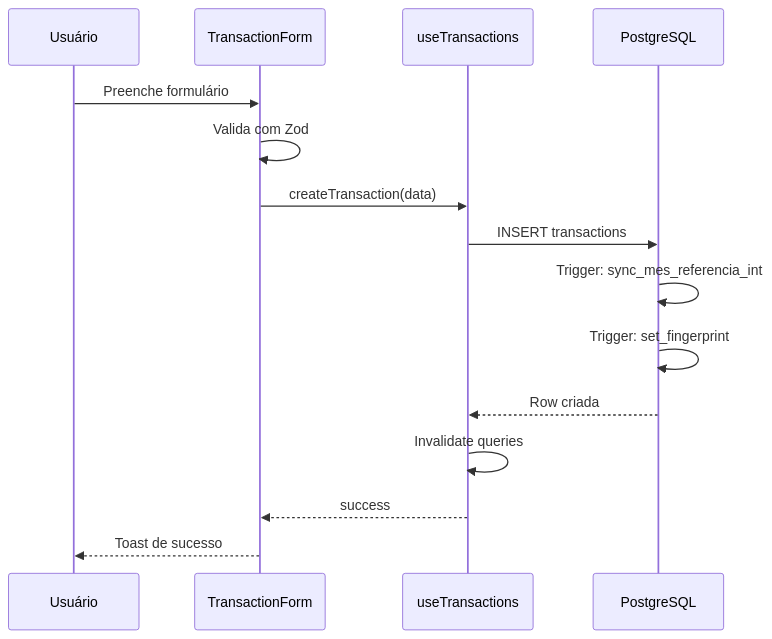
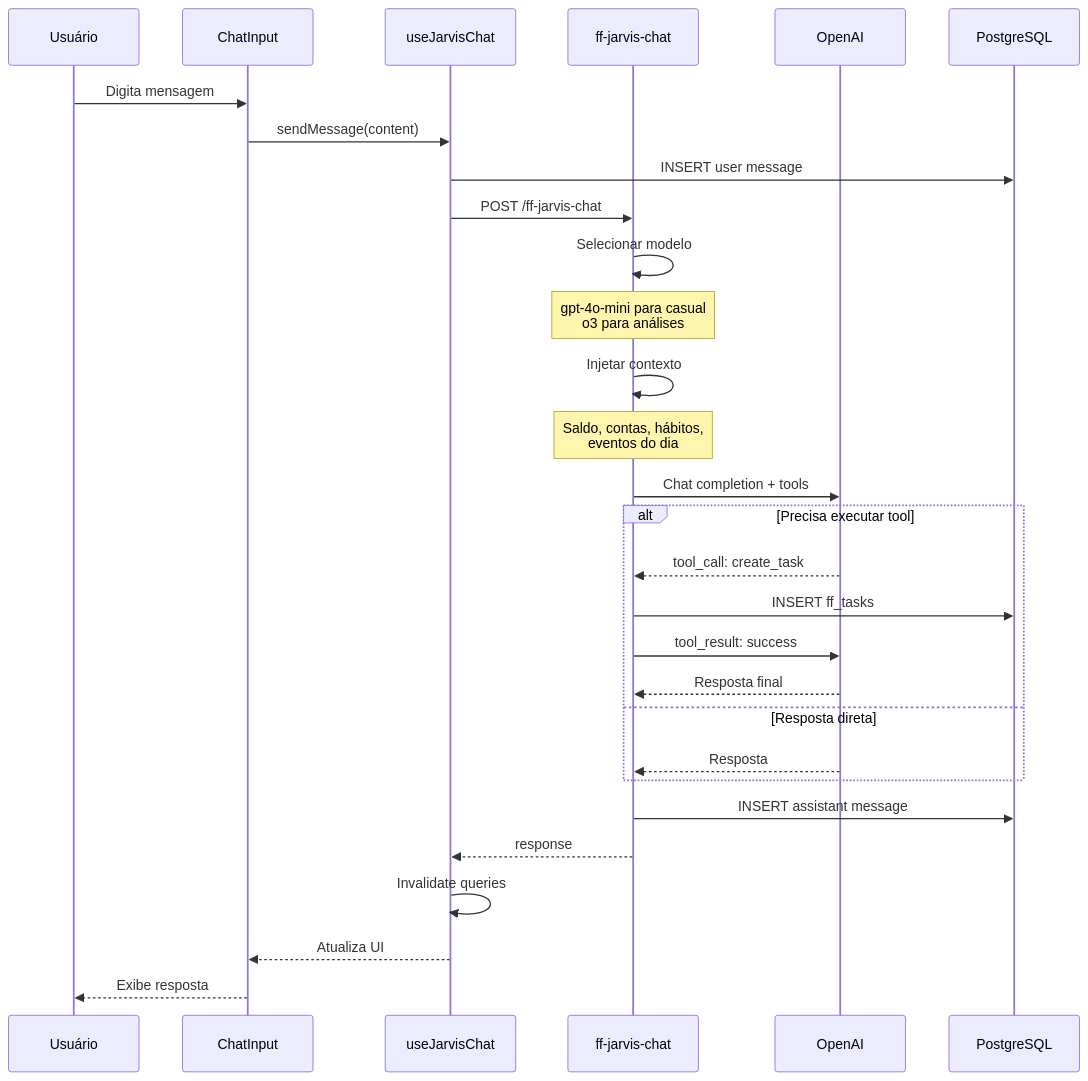
Before and after one commit to WesterlleyNeres/seu-dinheiro-planejado: the sixth of 8 diagrams in DOCUMENTATION.md, drawn with Mermaid. The commit also changed other lines of this file and 5 other files, not shown here.

````diff
--- a/DOCUMENTATION.md
+++ b/DOCUMENTATION.md
@@ -1832,18 +1366,37 @@
 ```mermaid
 sequenceDiagram
     participant U as Usuário
-    participant F as TransactionForm
-    participant H as useTransactions
+    participant C as ChatInput
+    participant H as useJarvisChat
+    participant EF as ff-jarvis-chat
+    participant AI as OpenAI
     participant DB as PostgreSQL
     
-    U->>F: Preenche formulário
-    F->>F: Valida com Zod
-    F->>H: createTransaction(data)
-    H->>DB: INSERT transactions
-    DB->>DB: Trigger: sync_mes_referencia_int
-    DB->>DB: Trigger: set_fingerprint
-    DB-->>H: Row criada
+    U->>C: Digita mensagem
+    C->>H: sendMessage(content)
+    H->>DB: INSERT user message
+    H->>EF: POST /ff-jarvis-chat
+    
+    EF->>EF: Selecionar modelo
+    Note over EF: gpt-4o-mini para casual<br/>o3 para análises
+    
+    EF->>EF: Injetar contexto
+    Note over EF: Saldo, contas, hábitos,<br/>eventos do dia
+    
+    EF->>AI: Chat completion + tools
+    
+    alt Precisa executar tool
+        AI-->>EF: tool_call: create_task
+        EF->>DB: INSERT ff_tasks
+        EF->>AI: tool_result: success
+        AI-->>EF: Resposta final
+    else Resposta direta
+        AI-->>EF: Resposta
+    end
+    
+    EF->>DB: INSERT assistant message
+    EF-->>H: response
     H->>H: Invalidate queries
-    H-->>F: success
-    F-->>U: Toast de sucesso
+    H-->>C: Atualiza UI
+    C-->>U: Exibe resposta
 ```
````
